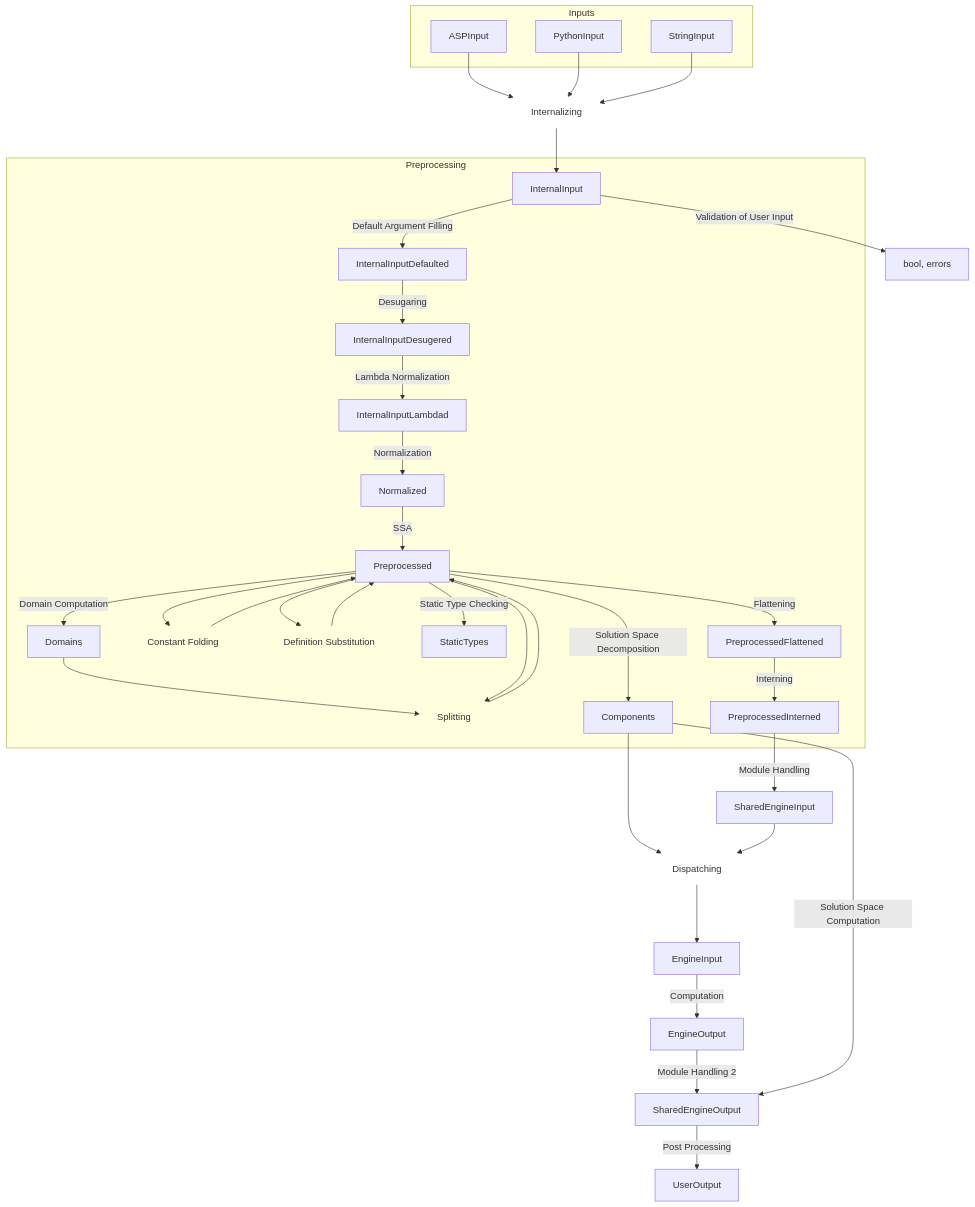
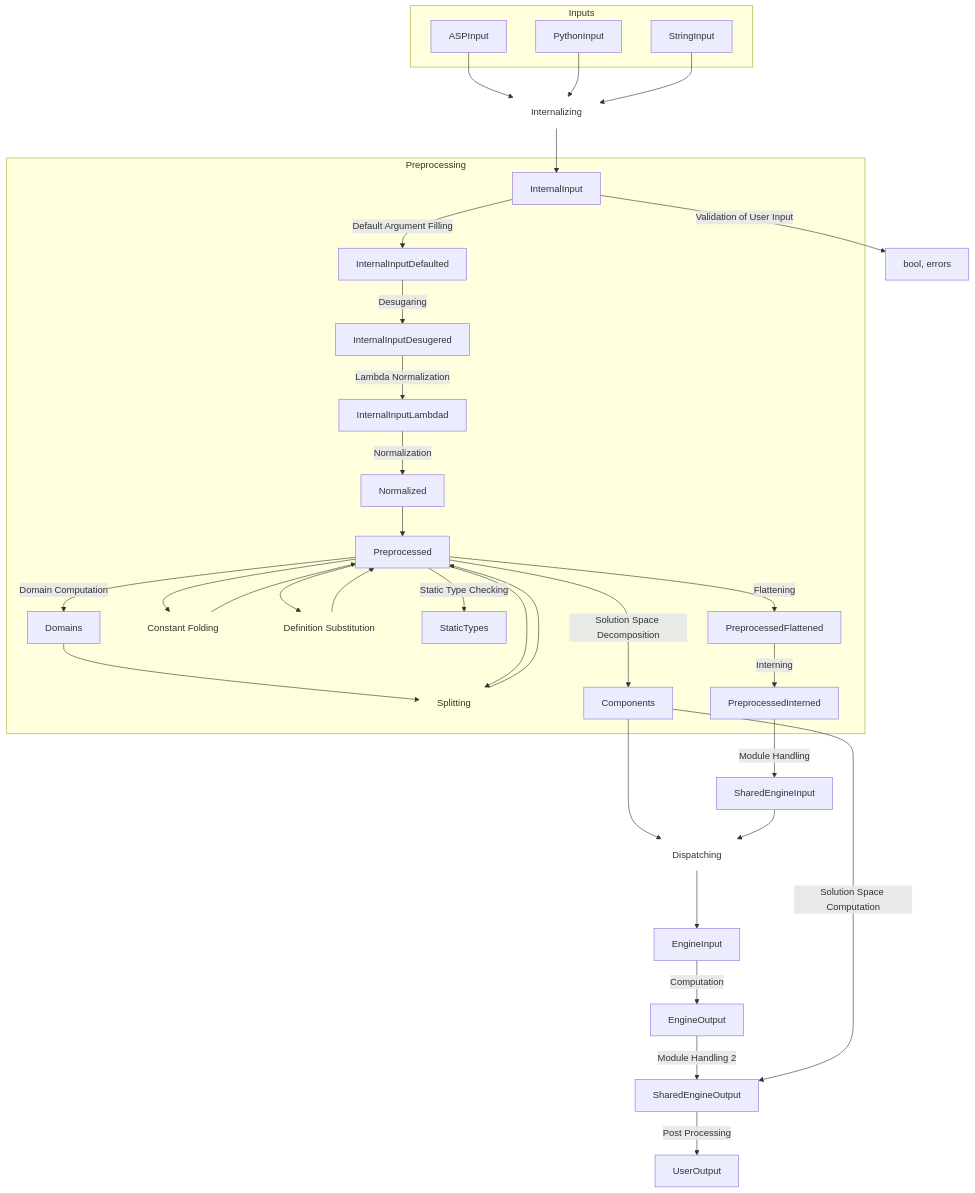
One commit to potassco/constraint-handler changed the diagram in scratch/constraint-handler2/stages.md. Above: the diagram before and after it, drawn with Mermaid. The commit also changed 4 other files, not shown here.

````diff
--- a/scratch/constraint-handler2/stages.md
+++ b/scratch/constraint-handler2/stages.md
@@ -1,72 +1,72 @@
 ```mermaid
 flowchart TD
 	subgraph Inputs
 		ASPInput
 		PythonInput
 		StringInput
 	end
 
 	UserInputResult["bool, errors"]
 	SharedEngineInput
 	EngineInput
 	EngineOutput
 	SharedEngineOutput
 	UserOutput
 
 	subgraph Preprocessing
 		InternalInput
 		InternalInputDefaulted
 		InternalInputDesugered
 		InternalInputLambdad
 		Normalized
 		Preprocessed
 		Domains
 		Splitting
 		ConstantFolding["Constant Folding"]
 		DefinitionSubstitution["Definition Substitution"]
 		StaticTypes
 		Components
 		PreprocessedFlattened
 		PreprocessedInterned
 	end
 
 	ASPInput --> Internalizing
 	PythonInput --> Internalizing
 	StringInput --> Internalizing
 	Internalizing --> InternalInput
 	InternalInput -->|Validation of User Input| UserInputResult
 
 	InternalInput -->|Default Argument Filling| InternalInputDefaulted
 	InternalInputDefaulted -->|Desugaring| InternalInputDesugered
 	InternalInputDesugered -->|Lambda Normalization| InternalInputLambdad
 	InternalInputLambdad -->|Normalization| Normalized
-	Normalized -->|SSA| Preprocessed
+	Normalized --> Preprocessed
 
 	Preprocessed -->|Domain Computation| Domains
 	Preprocessed --> ConstantFolding
 	ConstantFolding --> Preprocessed
 	Domains --> Splitting
 	Preprocessed --> Splitting
 	Splitting --> Preprocessed
 	Preprocessed --> DefinitionSubstitution
 	DefinitionSubstitution --> Preprocessed
 	Preprocessed -->|Static Type Checking| StaticTypes
 	Preprocessed -->|Solution Space Decomposition| Components
 
 	Preprocessed -->|Flattening| PreprocessedFlattened
 	PreprocessedFlattened -->|Interning| PreprocessedInterned
 	PreprocessedInterned -->|Module Handling| SharedEngineInput
 	Components --> Dispatching
 	SharedEngineInput --> Dispatching
 	Dispatching --> EngineInput
 	EngineInput -->|Computation| EngineOutput
 	EngineOutput -->|Module Handling 2| SharedEngineOutput
 	Components -->|Solution Space Computation| SharedEngineOutput
 	SharedEngineOutput -->|Post Processing| UserOutput
 
 	style Internalizing fill:none,stroke:none
 	style Splitting fill:none,stroke:none
 	style ConstantFolding fill:none,stroke:none
 	style DefinitionSubstitution fill:none,stroke:none
 	style Dispatching fill:none,stroke:none
 ```
````
